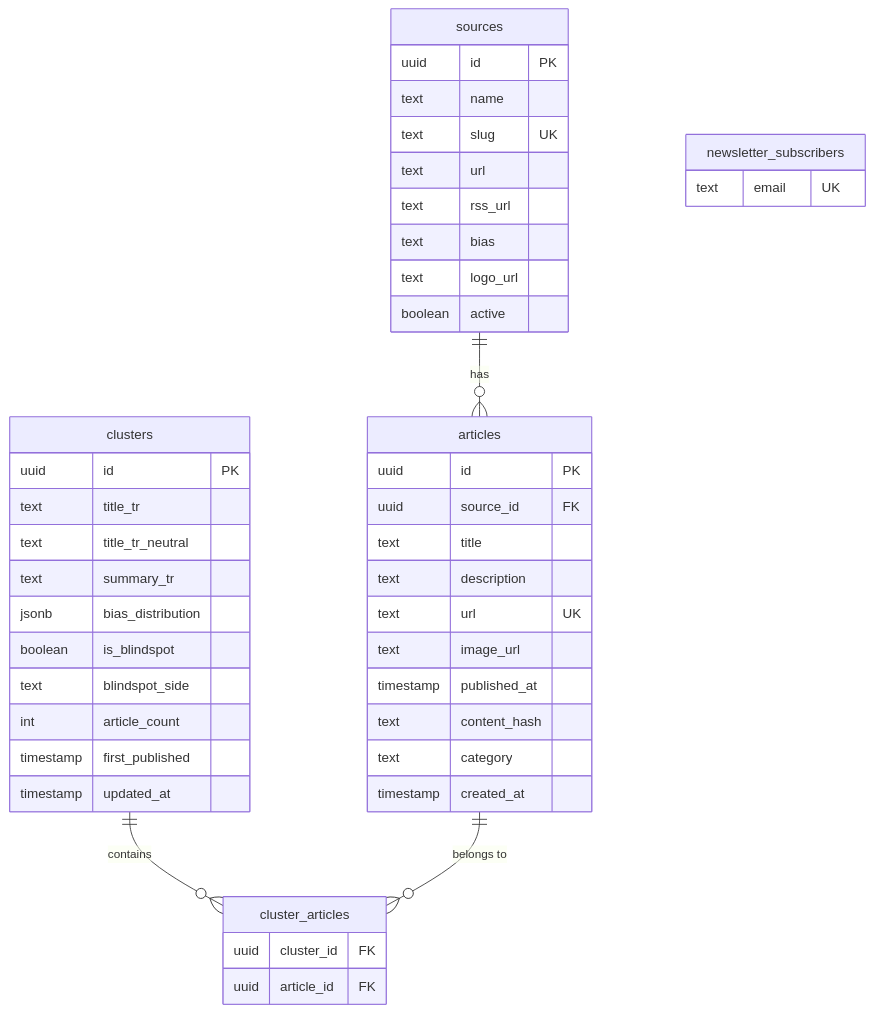
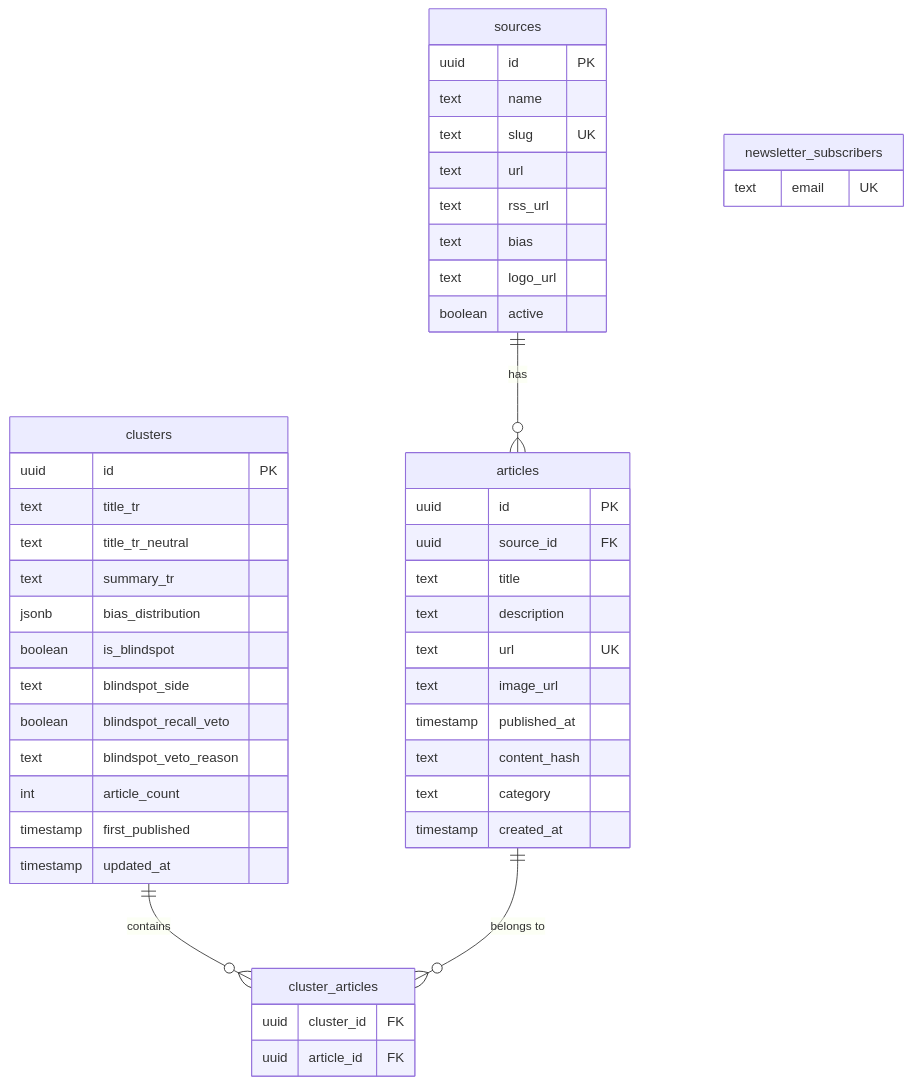
Before and after one commit to Tayforg/tayf: the second of 2 diagrams in docs/architecture.md, drawn with Mermaid. The commit also changed other lines of this file and 15 other files, not shown here.

````diff
--- a/docs/architecture.md
+++ b/docs/architecture.md
@@ -111,48 +166,50 @@
 ```mermaid
 erDiagram
     sources {
         uuid id PK
         text name
         text slug UK
         text url
         text rss_url
         text bias
         text logo_url
         boolean active
     }
     articles {
         uuid id PK
         uuid source_id FK
         text title
         text description
         text url UK
         text image_url
         timestamp published_at
         text content_hash
         text category
         timestamp created_at
     }
     clusters {
         uuid id PK
         text title_tr
         text title_tr_neutral
         text summary_tr
         jsonb bias_distribution
         boolean is_blindspot
         text blindspot_side
+        boolean blindspot_recall_veto
+        text blindspot_veto_reason
         int article_count
         timestamp first_published
         timestamp updated_at
     }
     cluster_articles {
         uuid cluster_id FK
         uuid article_id FK
     }
     newsletter_subscribers {
         text email UK
     }
 
     sources ||--o{ articles : "has"
     clusters ||--o{ cluster_articles : "contains"
     articles ||--o{ cluster_articles : "belongs to"
 ```
````
